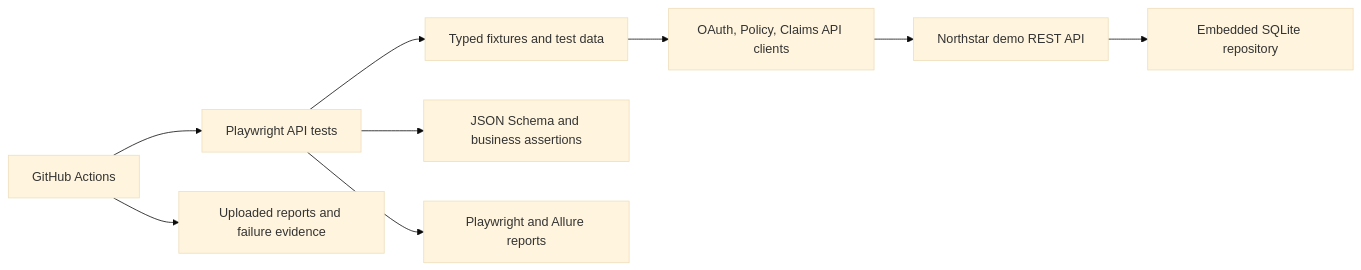
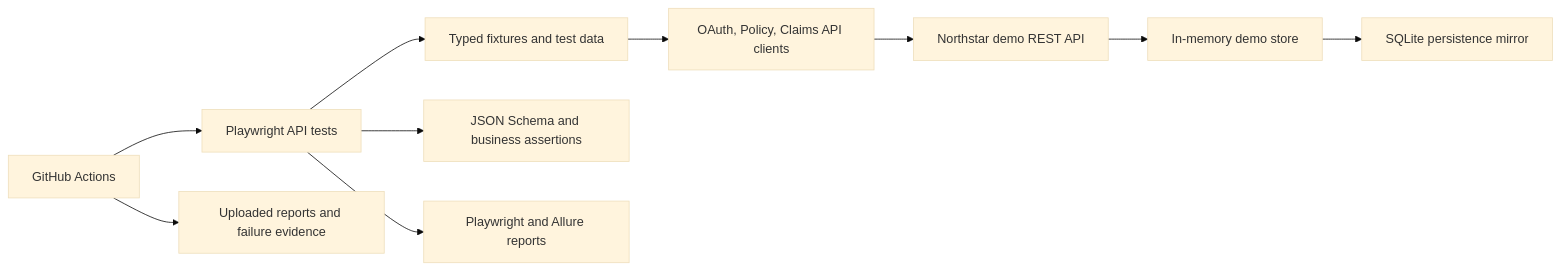
Before and after one commit to Krishanu1010/qa-insurance-api-automation: the diagram in README.md, drawn with Mermaid (base theme). The commit also changed other lines of this file and 2 other files, not shown here.

Commit message:
Clarify local persistence and coverage boundaries

````diff
--- a/README.md
+++ b/README.md
@@ -20,11 +20,12 @@
 ```mermaid
 flowchart LR
   Runner[Playwright API tests] --> Fixtures[Typed fixtures and test data]
   Fixtures --> Clients[OAuth, Policy, Claims API clients]
   Clients --> Demo[Northstar demo REST API]
-  Demo --> Store[Embedded SQLite repository]
+  Demo --> Store[In-memory demo store]
+  Store --> SQLite[SQLite persistence mirror]
   Runner --> Schema[JSON Schema and business assertions]
   Runner --> Reports[Playwright and Allure reports]
   CI[GitHub Actions] --> Runner
   CI --> Artifacts[Uploaded reports and failure evidence]
 ```
````
